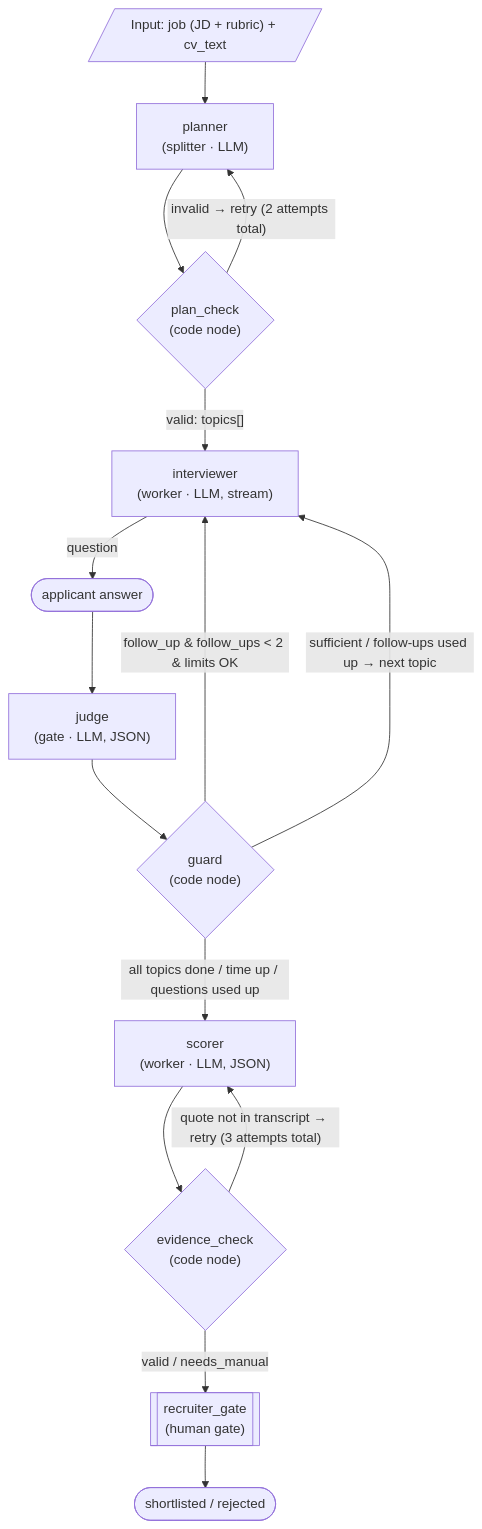
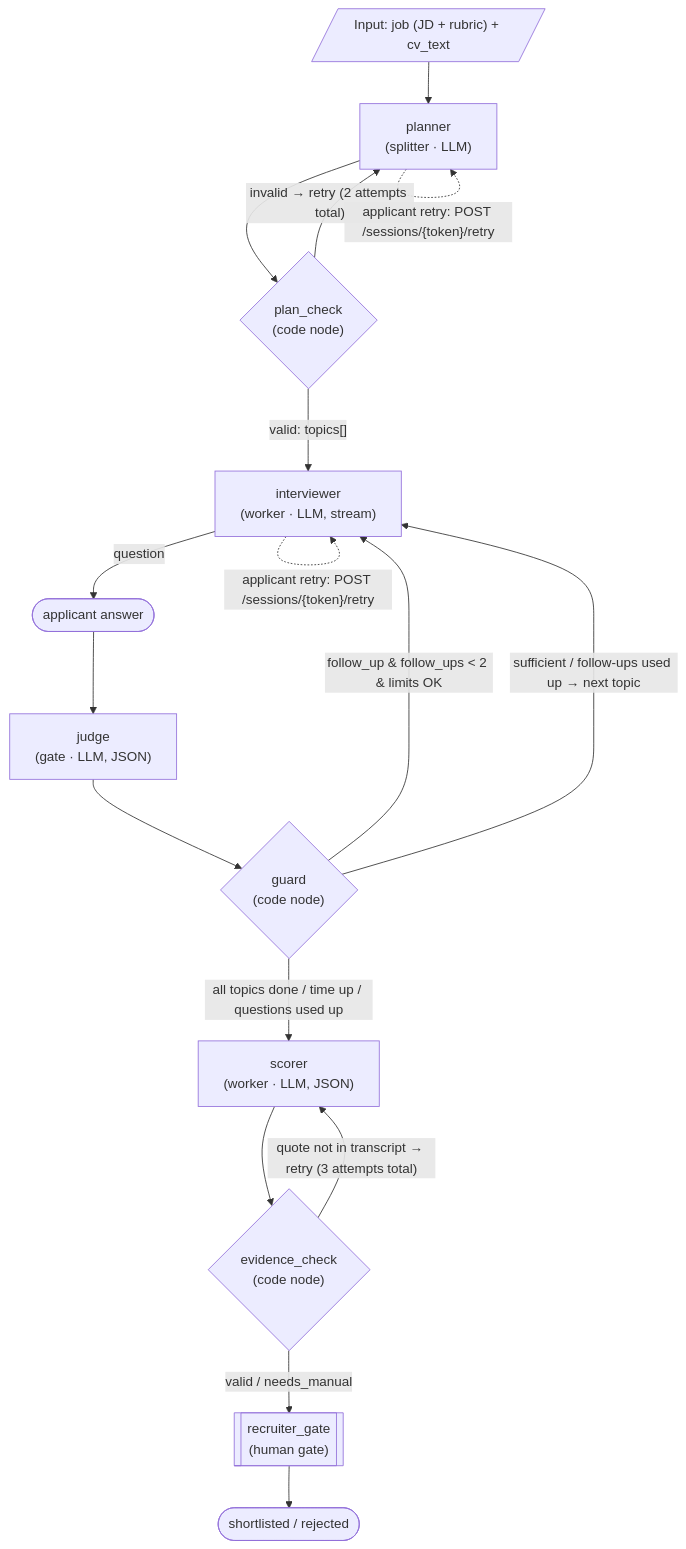
One commit to aangwijaya/talent-scout-server changed the diagram in docs/ARCHITECTURE.md. Above: the diagram before and after it, drawn with Mermaid. The commit also changed other lines of this file and 4 other files, not shown here.

````diff
--- a/docs/ARCHITECTURE.md
+++ b/docs/ARCHITECTURE.md
@@ -5,17 +5,19 @@
 ```mermaid
 flowchart TD
   IN[/"Input: job (JD + rubric) + cv_text"/] --> P
   P["planner<br/>(splitter · LLM)"] --> PC{"plan_check<br/>(code node)"}
   PC -- "invalid → retry (2 attempts total)" --> P
+  P -. "applicant retry: POST /sessions/{token}/retry" .-> P
   PC -- valid: topics[] --> I
-  I["interviewer<br/>(worker · LLM, stream)"] -->|question| U(["applicant answer"])
+  I["interviewer<br/>(worker · LLM, stream)"] -. "applicant retry: POST /sessions/{token}/retry" .-> I
+  I -->|question| U(["applicant answer"])
   U --> J["judge<br/>(gate · LLM, JSON)"]
   J --> G{"guard<br/>(code node)"}
   G -- "follow_up & follow_ups < 2 & limits OK" --> I
   G -- "sufficient / follow-ups used up → next topic" --> I
   G -- "all topics done / time up / questions used up" --> S
   S["scorer<br/>(worker · LLM, JSON)"] --> E{"evidence_check<br/>(code node)"}
   E -- "quote not in transcript → retry (3 attempts total)" --> S
   E -- valid / needs_manual --> R
   R[["recruiter_gate<br/>(human gate)"]] --> D(["shortlisted / rejected"])
 ```
````
